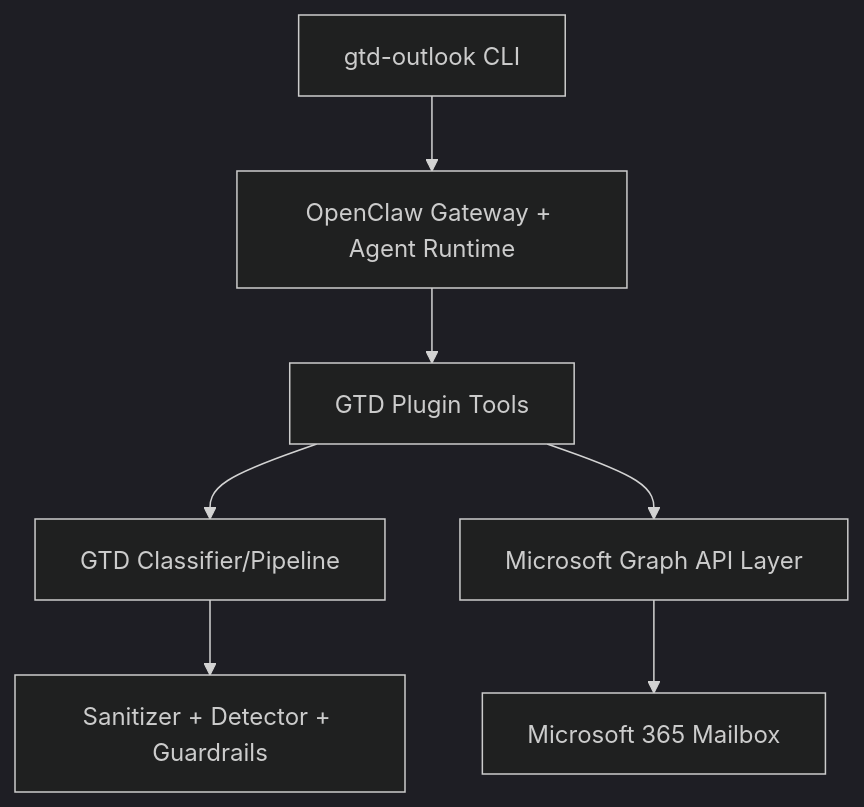
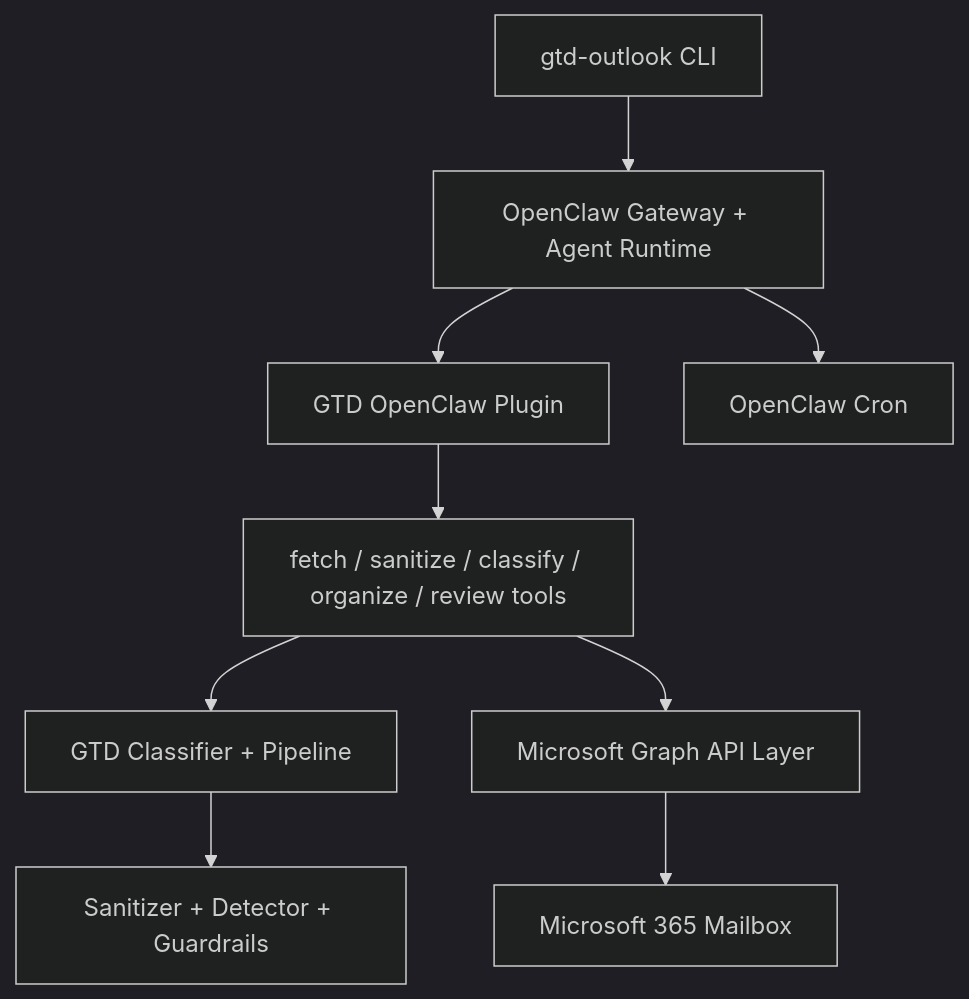
The diagram in README.md (luizgama/gtd-for-outlook), drawn with Mermaid (dark theme) before and after one commit. The commit also changed other lines of this file, not shown here.

````diff
--- a/README.md
+++ b/README.md
@@ -176,9 +25,11 @@
 ```mermaid
 flowchart TD
   CLI[gtd-outlook CLI] --> OC[OpenClaw Gateway + Agent Runtime]
-  OC --> PL[GTD Plugin Tools]
-  PL --> GTD[GTD Classifier/Pipeline]
+  OC --> PL[GTD OpenClaw Plugin]
+  PL --> TOOLS[fetch / sanitize / classify / organize / review tools]
+  TOOLS --> GTD[GTD Classifier + Pipeline]
   GTD --> SEC[Sanitizer + Detector + Guardrails]
-  PL --> GRAPH[Microsoft Graph API Layer]
+  TOOLS --> GRAPH[Microsoft Graph API Layer]
   GRAPH --> M365[Microsoft 365 Mailbox]
+  OC --> CRON[OpenClaw Cron]
 ```
````
